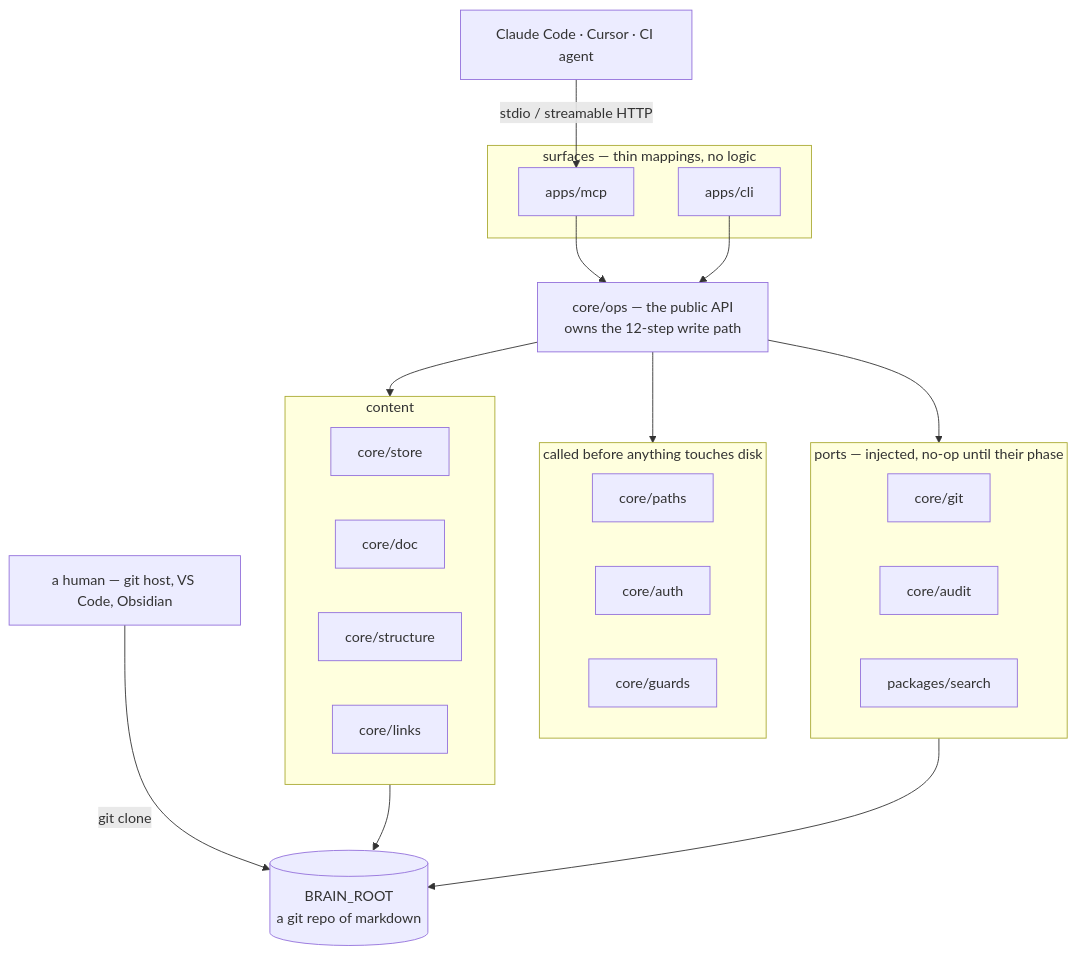
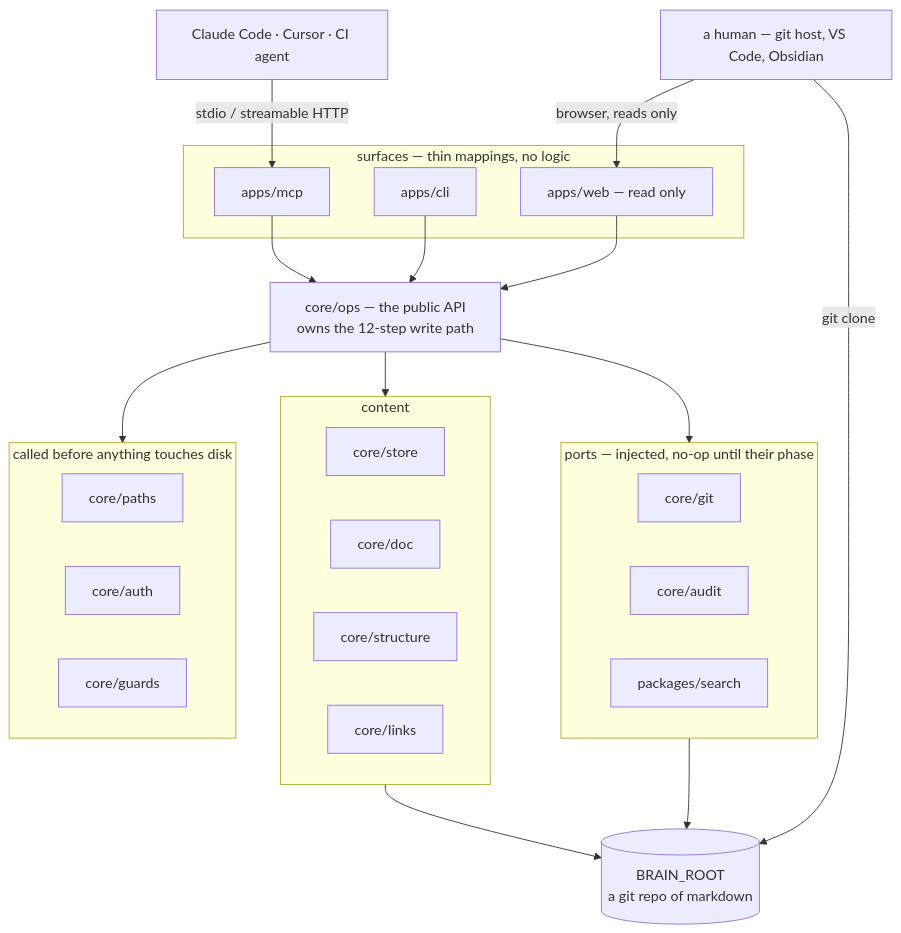
The diagram in docs/technical/11-components/README.md (ghoshsam/g-brain), drawn with Mermaid before and after one commit. The commit also changed other lines of this file and 70 other files, not shown here.

First line of the commit message:
feat: add read-only web UI and project scoping features

````diff
--- a/docs/technical/11-components/README.md
+++ b/docs/technical/11-components/README.md
@@ -56,43 +57,46 @@
 ```mermaid
 flowchart TB
     agent["Claude Code · Cursor · CI agent"]
     human["a human — git host, VS Code, Obsidian"]
 
     subgraph surfaces["surfaces — thin mappings, no logic"]
         mcp["apps/mcp"]
         cli["apps/cli"]
+        web["apps/web — read only"]
     end
 
     ops["core/ops — the public API<br/>owns the 12-step write path"]
 
     subgraph guardrails["called before anything touches disk"]
         paths["core/paths"]
         auth["core/auth"]
         guards["core/guards"]
     end
 
     subgraph content["content"]
         store["core/store"]
         doc["core/doc"]
         structure["core/structure"]
         links["core/links"]
     end
 
     subgraph ports["ports — injected, no-op until their phase"]
         git["core/git"]
         audit["core/audit"]
         search["packages/search"]
     end
 
     brain[("BRAIN_ROOT<br/>a git repo of markdown")]
 
     agent -->|stdio / streamable HTTP| mcp
     mcp --> ops
     cli --> ops
+    human -->|browser, reads only| web
+    web --> ops
     ops --> guardrails
     ops --> content
     ops --> ports
     content --> brain
     ports --> brain
     human -->|git clone| brain
 ```
````
